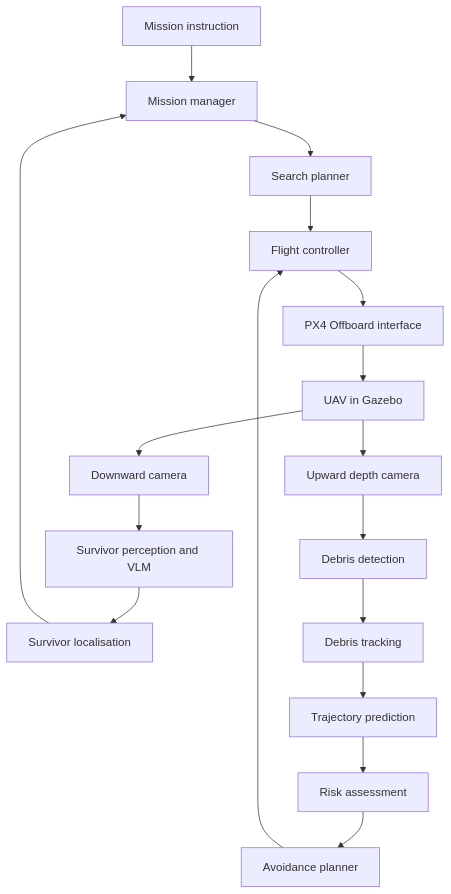
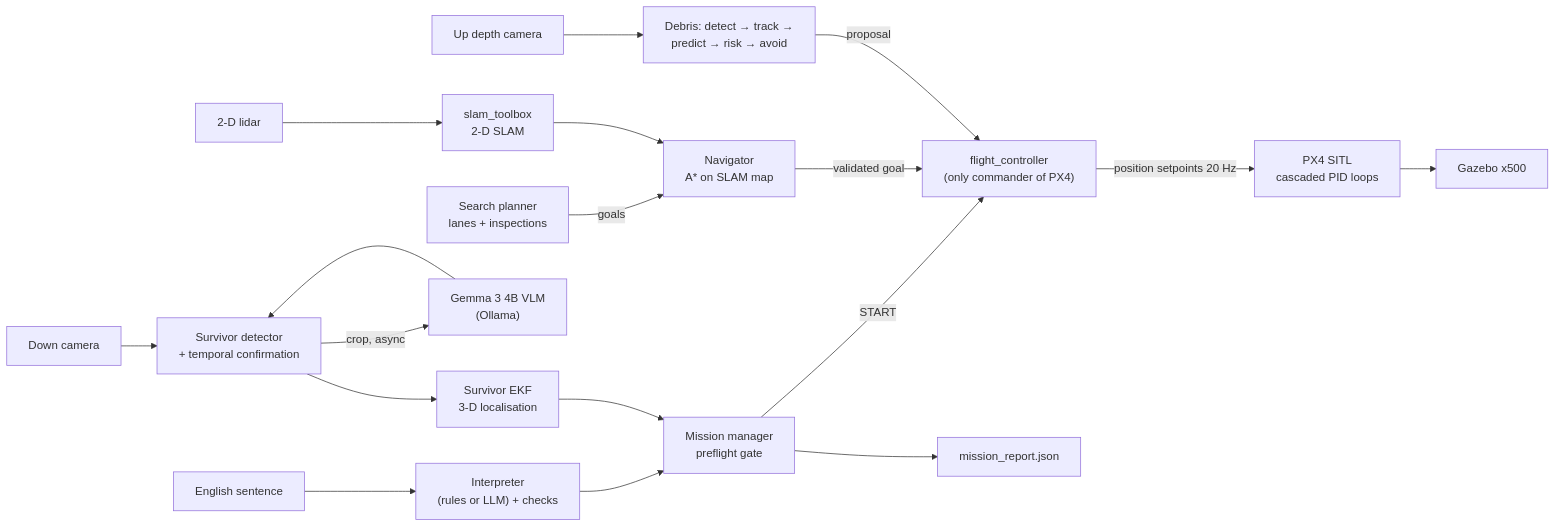
The second of 3 diagrams in README.md (sandhiyaa031/Drones_S5_CD9_Vision_Language_UAV_Navigation), drawn with Mermaid before and after one commit. The commit also changed other lines of this file, not shown here.

````diff
--- a/README.md
+++ b/README.md
@@ -498,19 +536,17 @@
 ```mermaid
-flowchart TD
-    A["Mission instruction"] --> B["Mission manager"]
-    B --> C["Search planner"]
-    D["Downward camera"] --> E["Survivor perception and VLM"]
-    E --> F["Survivor localisation"]
-    G["Upward depth camera"] --> H["Debris detection"]
-    H --> I["Debris tracking"]
-    I --> J["Trajectory prediction"]
-    J --> K["Risk assessment"]
-    K --> L["Avoidance planner"]
-    C --> M["Flight controller"]
-    L --> M
-    F --> B
-    M --> N["PX4 Offboard interface"]
-    N --> O["UAV in Gazebo"]
-    O --> D
-    O --> G
+flowchart LR
+    S["English sentence"] --> I["Interpreter<br/>(rules or LLM) + checks"]
+    I --> MM["Mission manager<br/>preflight gate"]
+    MM -->|START| FC["flight_controller<br/>(only commander of PX4)"]
+    SP["Search planner<br/>lanes + inspections"] -->|goals| NAV["Navigator<br/>A* on SLAM map"]
+    NAV -->|validated goal| FC
+    LID["2-D lidar"] --> SLAM["slam_toolbox<br/>2-D SLAM"] --> NAV
+    DC["Down camera"] --> SPERC["Survivor detector<br/>+ temporal confirmation"]
+    SPERC -->|crop, async| VLM["Gemma 3 4B VLM<br/>(Ollama)"]
+    VLM --> SPERC
+    SPERC --> LOC["Survivor EKF<br/>3-D localisation"] --> MM
+    UC["Up depth camera"] --> DEB["Debris: detect → track →<br/>predict → risk → avoid"] -->|proposal| FC
+    FC -->|position setpoints 20 Hz| PX4["PX4 SITL<br/>cascaded PID loops"]
+    PX4 --> GZ["Gazebo x500"]
+    MM --> REP["mission_report.json"]
 ```
````
